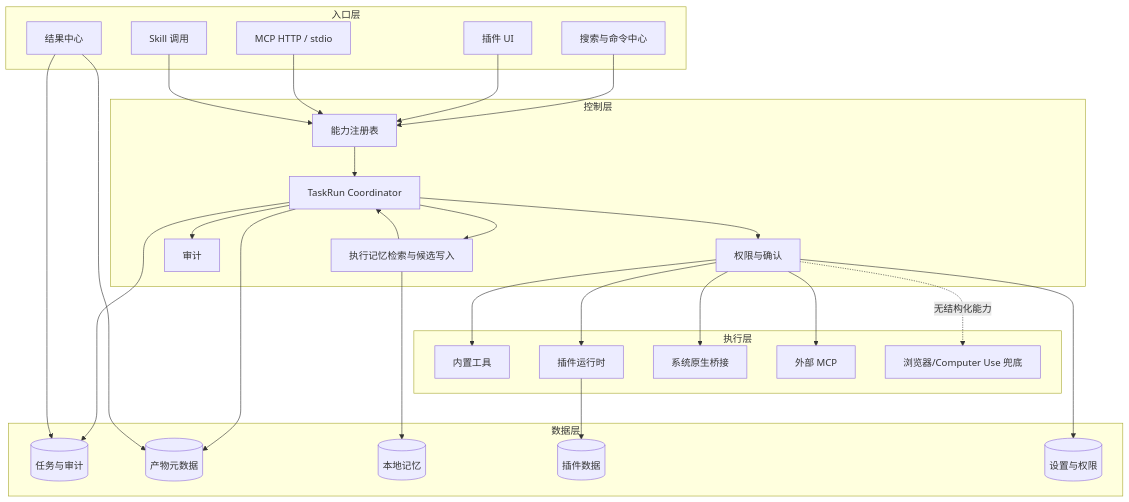
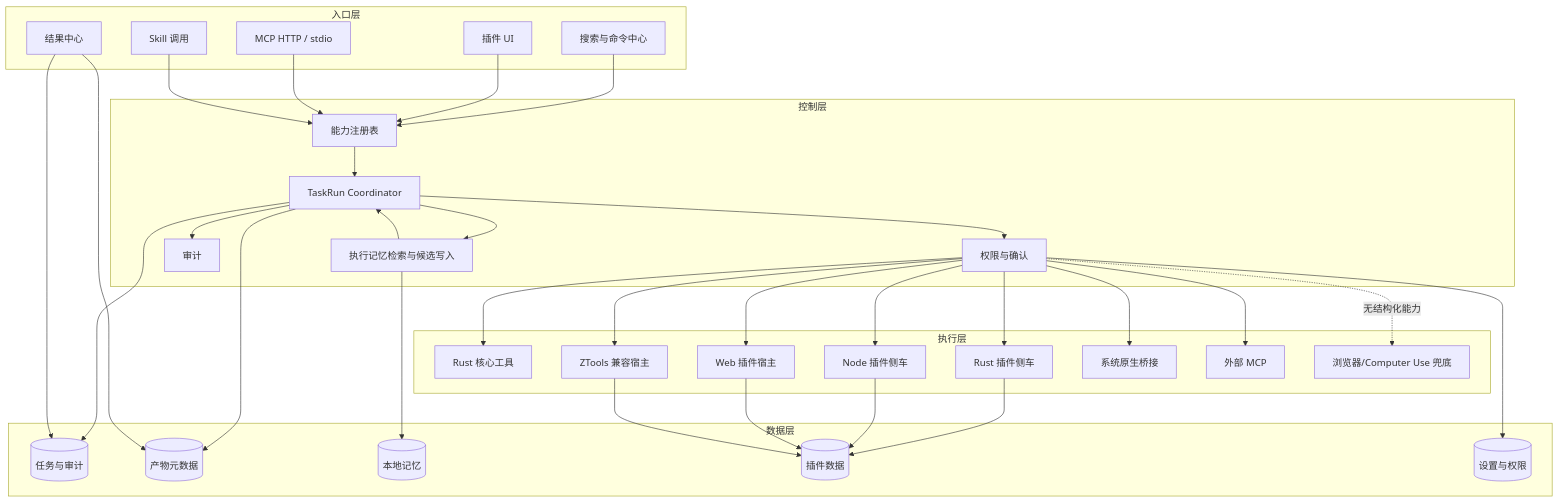
The second of 4 diagrams in docs/superpowers/specs/2026-07-14-atools-product-engineering-north-star.md (TheLastSheep/atools), drawn with Mermaid before and after one commit. The commit also changed other lines of this file and 3 other files, not shown here.

First line of the commit message:
docs(architecture): 固化混合插件架构交付结论

````diff
--- a/docs/superpowers/specs/2026-07-14-atools-product-engineering-north-star.md
+++ b/docs/superpowers/specs/2026-07-14-atools-product-engineering-north-star.md
@@ -171,56 +201,65 @@
 ```mermaid
 flowchart TB
     subgraph EntryLayer["入口层"]
         SearchUI["搜索与命令中心"]
         PluginUI["插件 UI"]
         ResultUI["结果中心"]
         MCPIngress["MCP HTTP / stdio"]
         SkillIngress["Skill 调用"]
     end
 
     subgraph ControlLayer["控制层"]
         CapabilityRegistry["能力注册表"]
         RunCoordinator["TaskRun Coordinator"]
         PermissionEngine["权限与确认"]
         AuditEngine["审计"]
         MemoryEngine["执行记忆检索与候选写入"]
     end
 
     subgraph ExecutionLayer["执行层"]
-        BuiltinTools["内置工具"]
-        PluginRuntime["插件运行时"]
+        BuiltinTools["Rust 核心工具"]
+        RustRuntime["Rust 插件侧车"]
+        NodeRuntime["Node 插件侧车"]
+        WebRuntime["Web 插件宿主"]
+        ZToolsRuntime["ZTools 兼容宿主"]
         NativeBridge["系统原生桥接"]
         ExternalMCP["外部 MCP"]
         ComputerFallback["浏览器/Computer Use 兜底"]
     end
 
     subgraph DataLayer["数据层"]
         TaskStore[("任务与审计")]
         ArtifactStore[("产物元数据")]
         MemoryStore[("本地记忆")]
         PluginStore[("插件数据")]
         SettingsStore[("设置与权限")]
     end
 
     SearchUI --> CapabilityRegistry
     PluginUI --> CapabilityRegistry
     MCPIngress --> CapabilityRegistry
     SkillIngress --> CapabilityRegistry
     CapabilityRegistry --> RunCoordinator
     RunCoordinator --> PermissionEngine
     PermissionEngine --> BuiltinTools
-    PermissionEngine --> PluginRuntime
+    PermissionEngine --> RustRuntime
+    PermissionEngine --> NodeRuntime
+    PermissionEngine --> WebRuntime
+    PermissionEngine --> ZToolsRuntime
     PermissionEngine --> NativeBridge
     PermissionEngine --> ExternalMCP
     PermissionEngine -.无结构化能力.-> ComputerFallback
     MemoryEngine --> RunCoordinator
     RunCoordinator --> AuditEngine
     RunCoordinator --> TaskStore
     RunCoordinator --> ArtifactStore
     RunCoordinator --> MemoryEngine
     ResultUI --> TaskStore
     ResultUI --> ArtifactStore
-    PluginRuntime --> PluginStore
+    RustRuntime --> PluginStore
+    NodeRuntime --> PluginStore
+    WebRuntime --> PluginStore
+    ZToolsRuntime --> PluginStore
     PermissionEngine --> SettingsStore
     MemoryEngine --> MemoryStore
 ```
````
